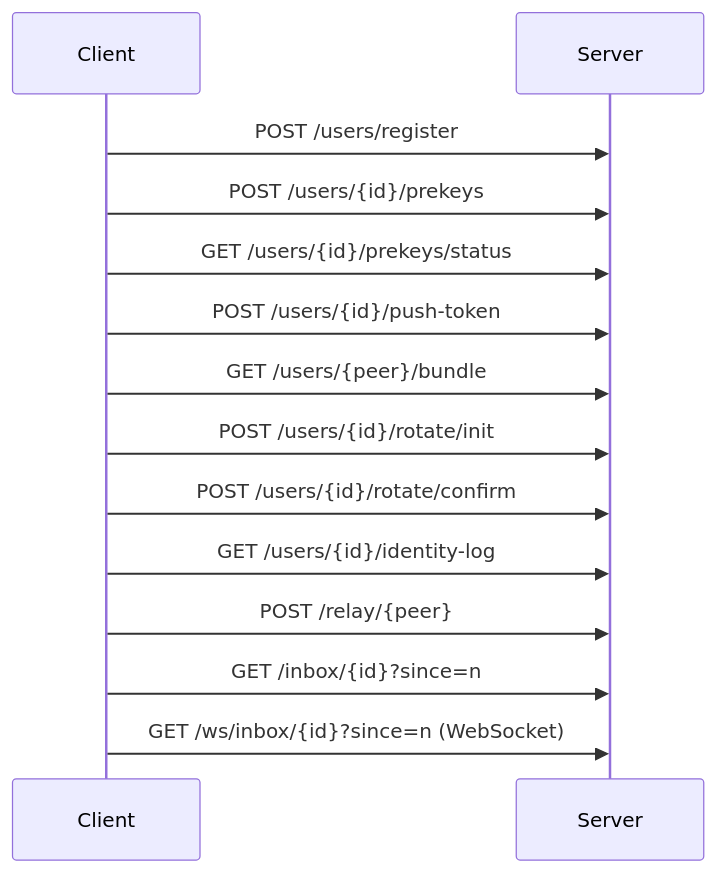
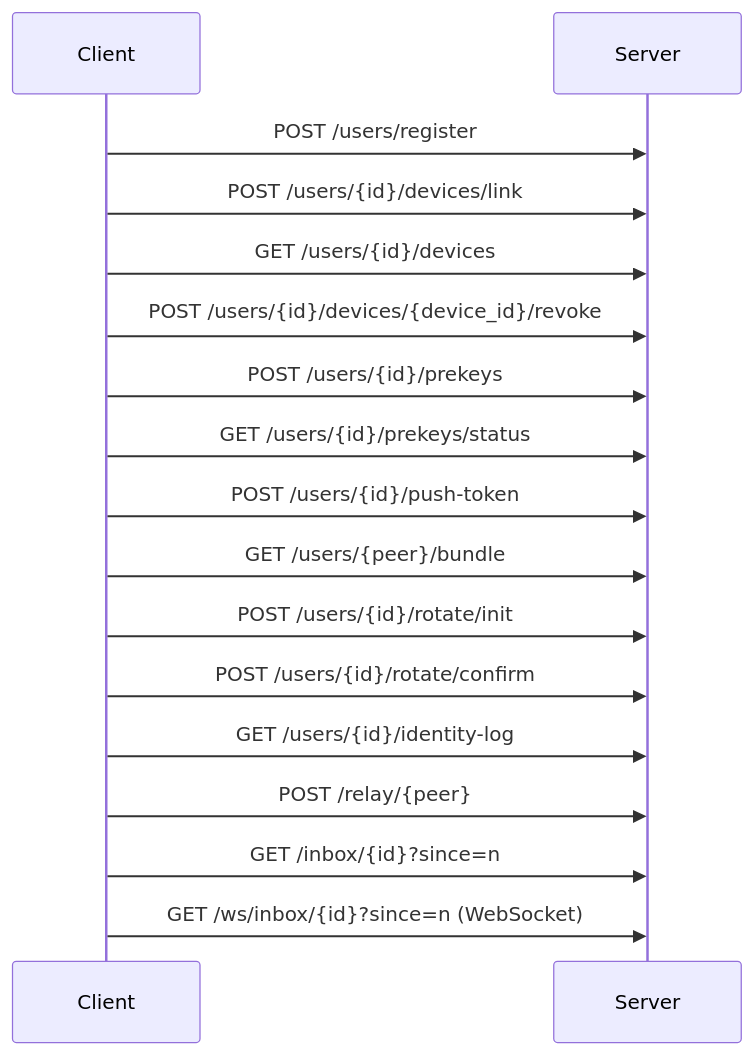
One commit to ErenAri/post-quantum-messaging-app changed the first of 2 diagrams in docs/API.md. Above: the diagram before and after it, drawn with Mermaid. The commit also changed other lines of this file and 5 other files, not shown here.

````diff
--- a/docs/API.md
+++ b/docs/API.md
@@ -14,16 +14,19 @@
 ```mermaid
 sequenceDiagram
     participant C as Client
     participant S as Server
     C->>S: POST /users/register
+    C->>S: POST /users/{id}/devices/link
+    C->>S: GET /users/{id}/devices
+    C->>S: POST /users/{id}/devices/{device_id}/revoke
     C->>S: POST /users/{id}/prekeys
     C->>S: GET /users/{id}/prekeys/status
     C->>S: POST /users/{id}/push-token
     C->>S: GET /users/{peer}/bundle
     C->>S: POST /users/{id}/rotate/init
     C->>S: POST /users/{id}/rotate/confirm
     C->>S: GET /users/{id}/identity-log
     C->>S: POST /relay/{peer}
     C->>S: GET /inbox/{id}?since=n
     C->>S: GET /ws/inbox/{id}?since=n (WebSocket)
 ```
````
